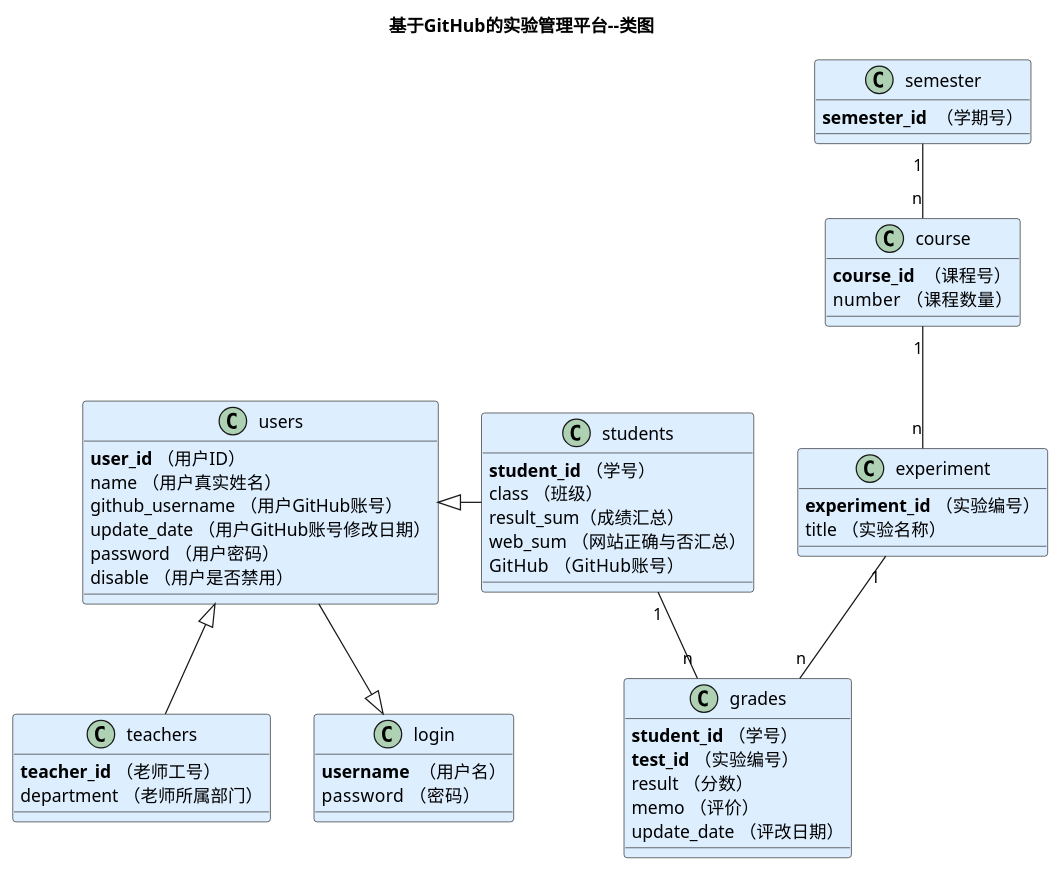
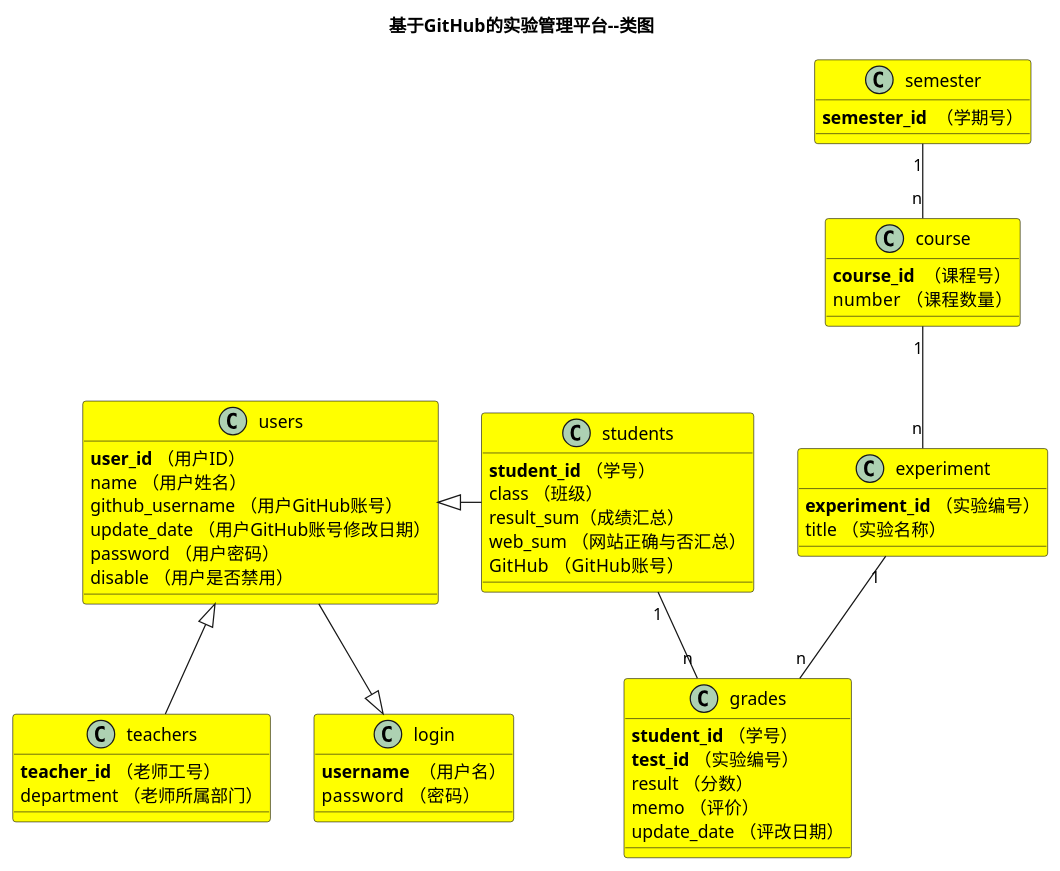
The diagram in test6/class.puml (worldghost/is_analysis), drawn with PlantUML before and after one commit. The commit also changed 6 other files, not shown here.

```diff
--- a/test6/class.puml
+++ b/test6/class.puml
@@ -1,56 +1,57 @@
 @startuml
 title 基于GitHub的实验管理平台--类图
-class users #DDEEFF{
+
+class users #YELLOW{
     <b>user_id</b> （用户ID）
-    name （用户真实姓名）
+    name （用户姓名）
     github_username （用户GitHub账号）
     update_date （用户GitHub账号修改日期）
     password （用户密码）
     disable （用户是否禁用）
 }
-class teachers #DDEEFF{
+class teachers #YELLOW{
     <b>teacher_id</b> （老师工号）
     department （老师所属部门）
 }
-class students #DDEEFF{
+class students #YELLOW{
     <b>student_id</b> （学号）
     class （班级）
     result_sum（成绩汇总）
     web_sum （网站正确与否汇总）
     GitHub  （GitHub账号）
 }
 users <|- students
 users <|-- teachers
 users --|> login
-class login  #DDEEFF{
+class login  #YELLOW{
     <b>username</b>  （用户名）
     password  （密码）
 }
-class grades  #DDEEFF{
+class grades  #YELLOW{
     <b>student_id</b> （学号）
     <b>test_id</b> （实验编号）
     result （分数）
     memo （评价）
     update_date （评改日期）
 }
 
-class experiment  #DDEEFF{
+class experiment  #YELLOW{
     <b>experiment_id</b> （实验编号）
     title （实验名称）
 }
-class course #DDEEFF{
+class course #YELLOW{
     <b>course_id</b>  （课程号）
     number  （课程数量）
 }
-class semester #DDEEFF{
+class semester #YELLOW{
     <b>semester_id</b>  （学期号）
 
 }
 
 students "1" -- "n"  grades
 experiment "1" -- "n"  grades
 course "1" -- "n"  experiment
 semester "1" -- "n"  course
 
 
 @enduml
```
